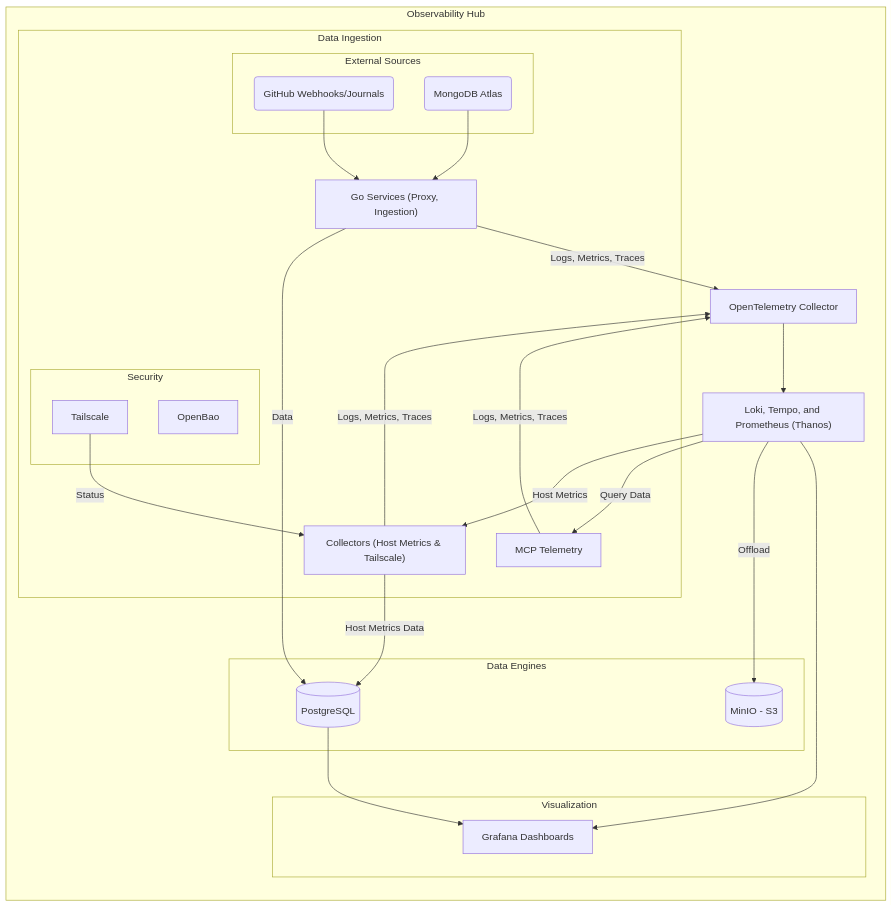
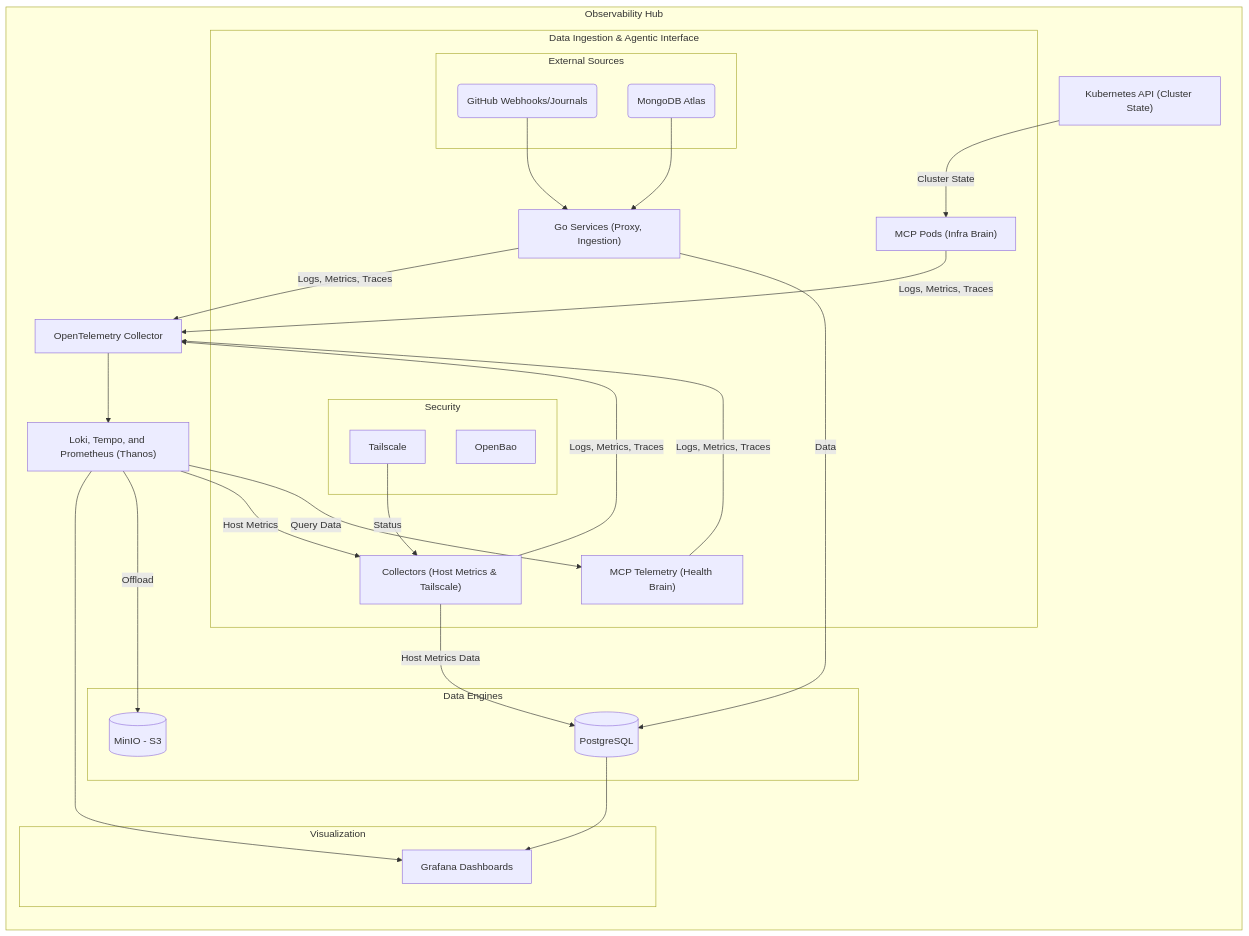
The diagram in README.md (victoriacheng15/observability-hub), drawn with Mermaid before and after one commit. The commit also changed other lines of this file and 9 other files, not shown here.

Commit message:
refactor(mcp): re-architect telemetry server for standalone execution (#285)

````diff
--- a/README.md
+++ b/README.md
@@ -63,51 +64,58 @@
 ```mermaid
 flowchart TB
     subgraph ObservabilityHub ["Observability Hub"]
         direction TB
-        subgraph Logic ["Data Ingestion"]
+        subgraph Logic ["Data Ingestion & Agentic Interface"]
             subgraph External ["External Sources"]
                 GH(GitHub Webhooks/Journals)
                 Mongo(MongoDB Atlas)
             end
 
             subgraph Security [Security]
                 Bao[OpenBao]
                 Tailscale[Tailscale]
             end
 
             GoApps["Go Services (Proxy, Ingestion)"]
-            MCP["MCP Telemetry"]
+            MCP_Tele["MCP Telemetry (Health Brain)"]
+            MCP_Pods["MCP Pods (Infra Brain)"]
             Collectors["Collectors (Host Metrics & Tailscale)"]
         end
 
+        K8S["Kubernetes API (Cluster State)"]
         OTEL[OpenTelemetry Collector]
 
         Observability["Loki, Tempo, and Prometheus (Thanos)"]
         subgraph Storage ["Data Engines"]
             PG[(PostgreSQL)]
             S3[(MinIO - S3)]
         end
         
 
         subgraph Visualization ["Visualization"]
             Grafana[Grafana Dashboards]
         end
     end
 
     %% Data Pipeline Connections
     GH --> GoApps
     Mongo --> GoApps
+    
+    %% Domain-Isolated MCP Paths
+    Observability -- "Query Data" --> MCP_Tele
+    K8S -- "Cluster State" --> MCP_Pods
+
+    %% Telemetry & Storage Connections
     Observability -- "Host Metrics" --> Collectors
-    Observability -- "Query Data" --> MCP
     Tailscale -- "Status" --> Collectors
     Collectors -- "Host Metrics Data" --> PG
     GoApps -- Data --> PG
 
     %% Telemetry Pipeline (OTLP)
-    GoApps & MCP & Collectors -- "Logs, Metrics, Traces" --> OTEL
+    GoApps & MCP_Tele & MCP_Pods & Collectors -- "Logs, Metrics, Traces" --> OTEL
     OTEL --> Observability
     Observability -- "Offload" --> S3
 
     %% Visualization Connections
     Observability & PG --> Grafana
 ```
````
